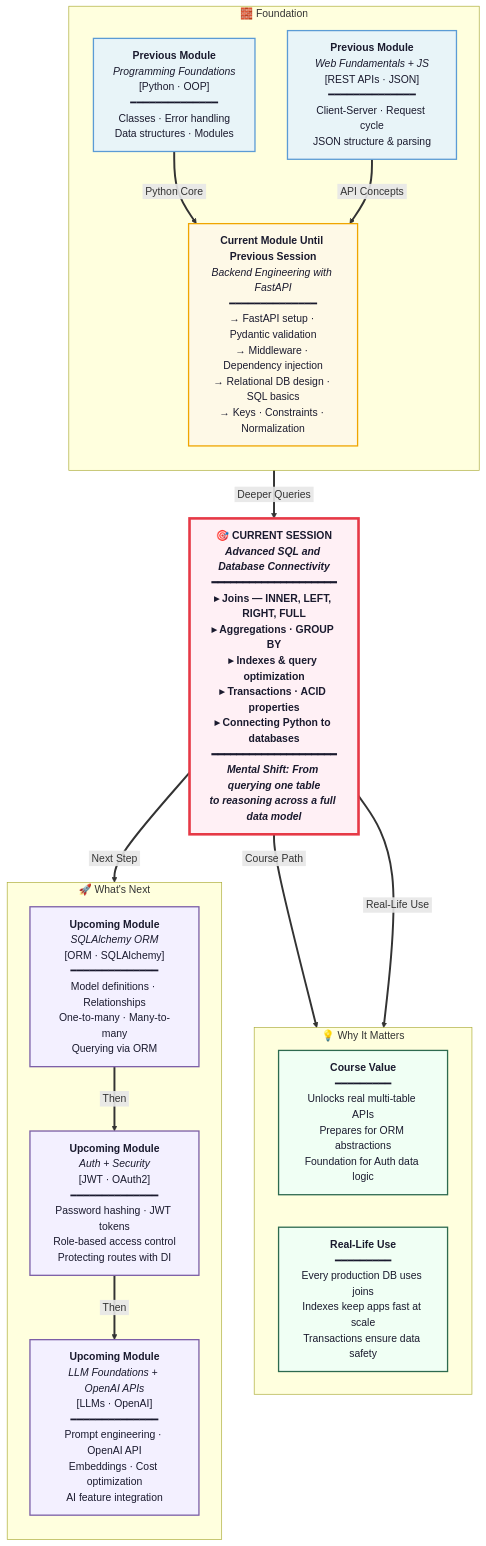
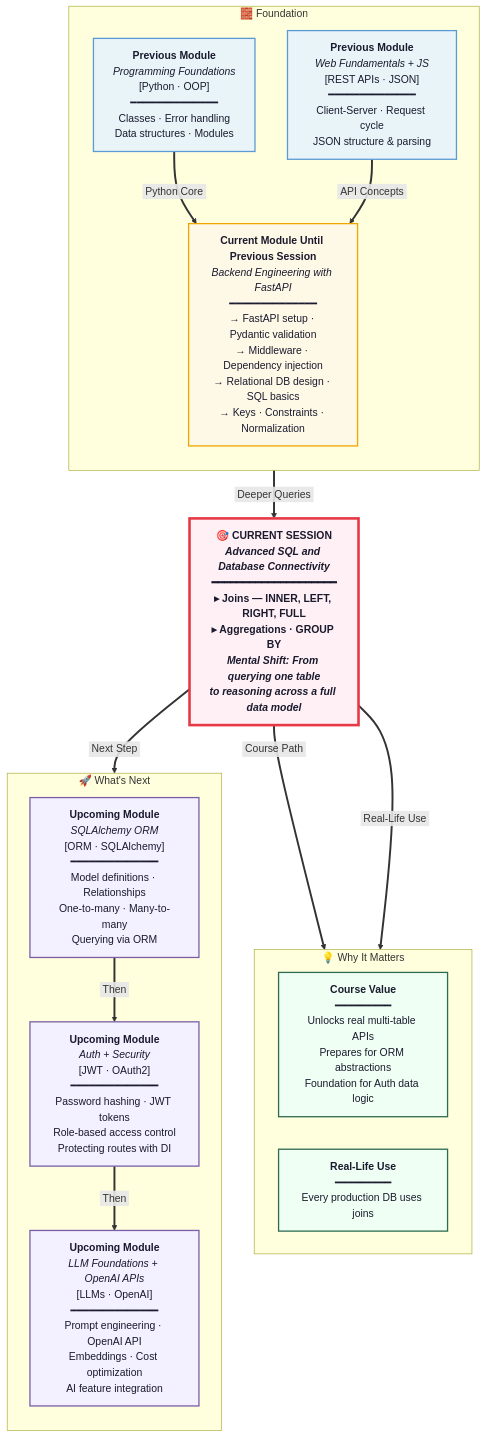
One commit to ayaznoori/IITP-SDAI changed the diagram in mindmap -eict/AdvanceSQL.md. Above: the diagram before and after it, drawn with Mermaid.

````diff
--- a/mindmap -eict/AdvanceSQL.md
+++ b/mindmap -eict/AdvanceSQL.md
@@ -3,46 +3,46 @@
 ```mermaid
 flowchart TB
     classDef prevModule fill:#e8f4f8,stroke:#5b9bd5,stroke-width:2px,color:#1a1a2e
     classDef currentModulePrev fill:#fef9e7,stroke:#f0a500,stroke-width:2px,color:#1a1a2e
     classDef currentSession fill:#fff0f5,stroke:#e63946,stroke-width:4px,color:#1a1a2e,font-weight:bold
     classDef valueBox fill:#f0fff4,stroke:#2d6a4f,stroke-width:2px,color:#1a1a2e
     classDef futureModule fill:#f3f0ff,stroke:#7b5ea7,stroke-width:2px,color:#1a1a2e
 
     subgraph FOUNDATION["🧱 Foundation"]
         direction TB
         PM1["<b>Previous Module</b><br/><i>Programming Foundations</i><br/>[Python · OOP]<br/>━━━━━━━━━━━━━━<br/>Classes · Error handling<br/>Data structures · Modules"]
         PM2["<b>Previous Module</b><br/><i>Web Fundamentals + JS</i><br/>[REST APIs · JSON]<br/>━━━━━━━━━━━━━━<br/>Client-Server · Request cycle<br/>JSON structure & parsing"]
         CM_PREV["<b>Current Module Until Previous Session</b><br/><i>Backend Engineering with FastAPI</i><br/>━━━━━━━━━━━━━━<br/>→ FastAPI setup · Pydantic validation<br/>→ Middleware · Dependency injection<br/>→ Relational DB design · SQL basics<br/>→ Keys · Constraints · Normalization"]
     end
 
-    CS["🎯 <b>CURRENT SESSION</b><br/><i>Advanced SQL and Database Connectivity</i><br/>━━━━━━━━━━━━━━━━━━━━<br/>▸ Joins — INNER, LEFT, RIGHT, FULL<br/>▸ Aggregations · GROUP BY<br/>▸ Indexes & query optimization<br/>▸ Transactions · ACID properties<br/>▸ Connecting Python to databases<br/>━━━━━━━━━━━━━━━━━━━━<br/><i>Mental Shift: From querying one table<br/>to reasoning across a full data model</i>"]
+    CS["🎯 <b>CURRENT SESSION</b><br/><i>Advanced SQL and Database Connectivity</i><br/>━━━━━━━━━━━━━━━━━━━━<br/>▸ Joins — INNER, LEFT, RIGHT, FULL<br/>▸ Aggregations · GROUP BY<br/><i>Mental Shift: From querying one table<br/>to reasoning across a full data model</i>"]
 
     subgraph VALUE["💡 Why It Matters"]
         direction LR
         CV["<b>Course Value</b><br/>━━━━━━━━━<br/>Unlocks real multi-table APIs<br/>Prepares for ORM abstractions<br/>Foundation for Auth data logic"]
-        RV["<b>Real-Life Use</b><br/>━━━━━━━━━<br/>Every production DB uses joins<br/>Indexes keep apps fast at scale<br/>Transactions ensure data safety"]
+        RV["<b>Real-Life Use</b><br/>━━━━━━━━━<br/>Every production DB uses joins"]
     end
 
     subgraph FUTURE["🚀 What's Next"]
         direction TB
         FM1["<b>Upcoming Module</b><br/><i>SQLAlchemy ORM</i><br/>[ORM · SQLAlchemy]<br/>━━━━━━━━━━━━━━<br/>Model definitions · Relationships<br/>One-to-many · Many-to-many<br/>Querying via ORM"]
         FM2["<b>Upcoming Module</b><br/><i>Auth + Security</i><br/>[JWT · OAuth2]<br/>━━━━━━━━━━━━━━<br/>Password hashing · JWT tokens<br/>Role-based access control<br/>Protecting routes with DI"]
         FM3["<b>Upcoming Module</b><br/><i>LLM Foundations + OpenAI APIs</i><br/>[LLMs · OpenAI]<br/>━━━━━━━━━━━━━━<br/>Prompt engineering · OpenAI API<br/>Embeddings · Cost optimization<br/>AI feature integration"]
     end
 
     PM1 ==>|"&nbsp;Python Core&nbsp;"| CM_PREV
     PM2 ==>|"&nbsp;API Concepts&nbsp;"| CM_PREV
     CM_PREV ==>|"&nbsp;Deeper Queries&nbsp;"| CS
     CS ==>|"&nbsp;Course Path&nbsp;"| CV
     CS ==>|"&nbsp;Real-Life Use&nbsp;"| RV
     CS ==>|"&nbsp;Next Step&nbsp;"| FM1
     FM1 ==>|"&nbsp;Then&nbsp;"| FM2
     FM2 ==>|"&nbsp;Then&nbsp;"| FM3
 
     class PM1,PM2 prevModule
     class CM_PREV currentModulePrev
     class CS currentSession
     class CV,RV valueBox
     class FM1,FM2,FM3 futureModule
     linkStyle default stroke-width:3px
 ```
````
